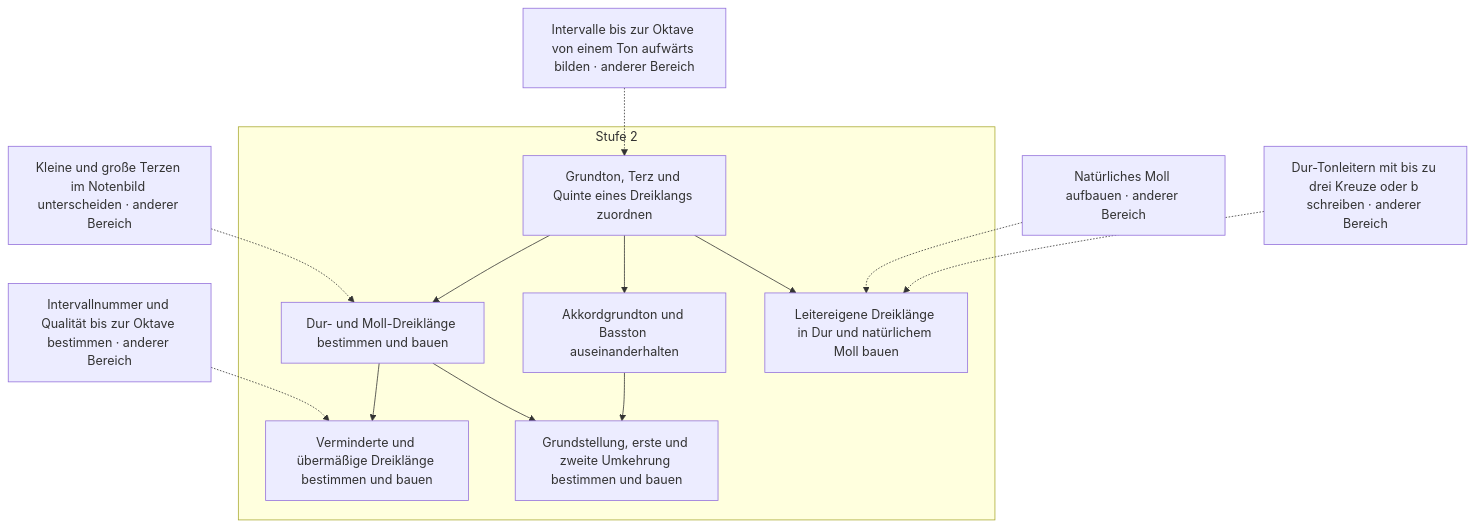
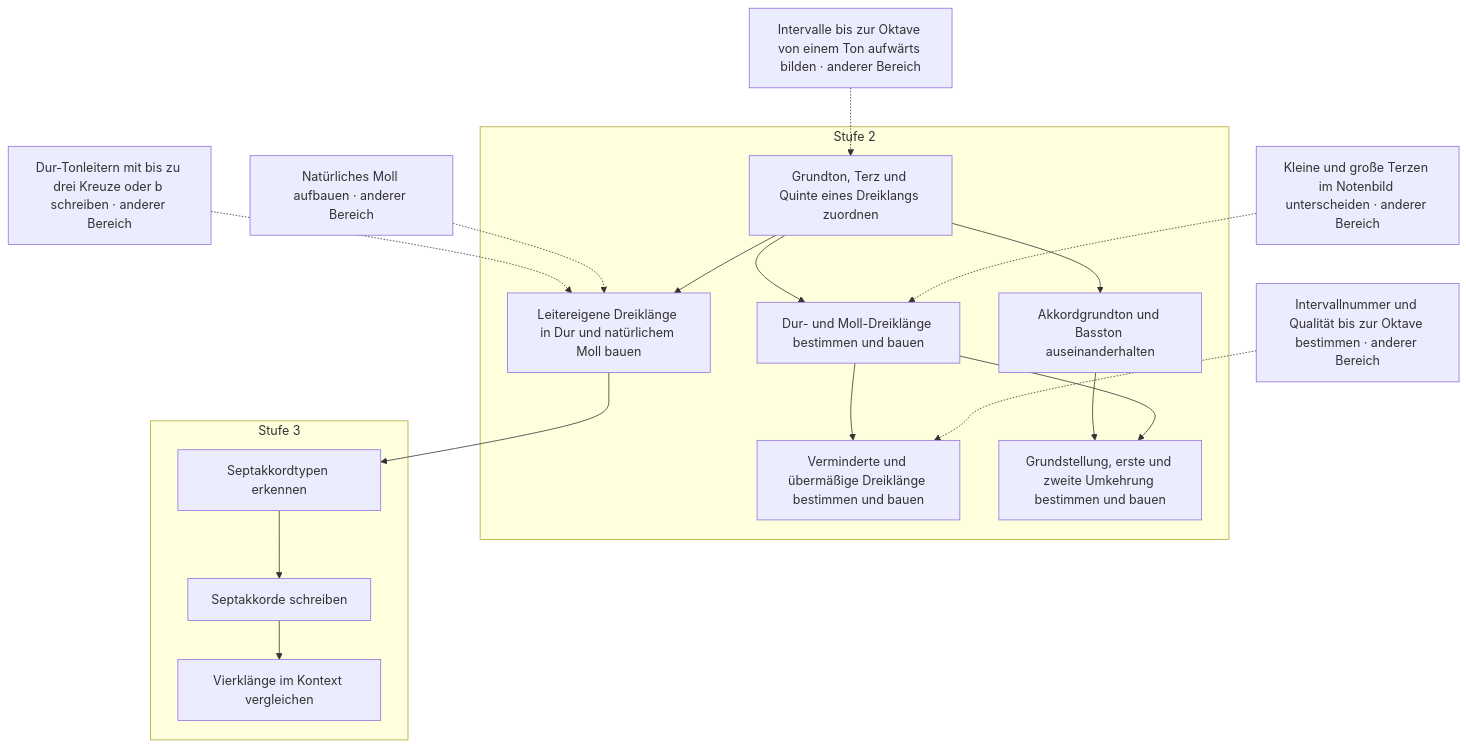
The seventh of 13 diagrams in docs/plan/faehigkeitsgraph-diagramme.md (PhiFa96/harmonia), drawn with Mermaid before and after one commit. The commit also changed other lines of this file and 47 other files, not shown here.

````diff
--- a/docs/plan/faehigkeitsgraph-diagramme.md
+++ b/docs/plan/faehigkeitsgraph-diagramme.md
@@ -405,27 +461,35 @@
 ```mermaid
 flowchart TD
   subgraph level2["Stufe 2"]
     s69["Grundton, Terz und Quinte eines Dreiklangs zuordnen"]
     s70["Dur- und Moll-Dreiklänge bestimmen und bauen"]
     s71["Verminderte und übermäßige Dreiklänge bestimmen und bauen"]
     s72["Akkordgrundton und Basston auseinanderhalten"]
     s73["Grundstellung, erste und zweite Umkehrung bestimmen und bauen"]
     s74["Leitereigene Dreiklänge in Dur und natürlichem Moll bauen"]
+  end
+  subgraph level3["Stufe 3"]
+    s93["Septakkordtypen erkennen"]
+    s94["Septakkorde schreiben"]
+    s95["Vierklänge im Kontext vergleichen"]
   end
   s54["Intervalle bis zur Oktave von einem Ton aufwärts bilden · anderer Bereich"]
   s26["Kleine und große Terzen im Notenbild unterscheiden · anderer Bereich"]
   s53["Intervallnummer und Qualität bis zur Oktave bestimmen · anderer Bereich"]
   s60["Dur-Tonleitern mit bis zu drei Kreuze oder b schreiben · anderer Bereich"]
   s62["Natürliches Moll aufbauen · anderer Bereich"]
   s54 -.-> s69
   s69 --> s70
   s26 -.-> s70
   s70 --> s71
   s53 -.-> s71
   s69 --> s72
   s72 --> s73
   s70 --> s73
   s60 -.-> s74
   s62 -.-> s74
   s69 --> s74
+  s74 --> s93
+  s93 --> s94
+  s94 --> s95
 ```
````
